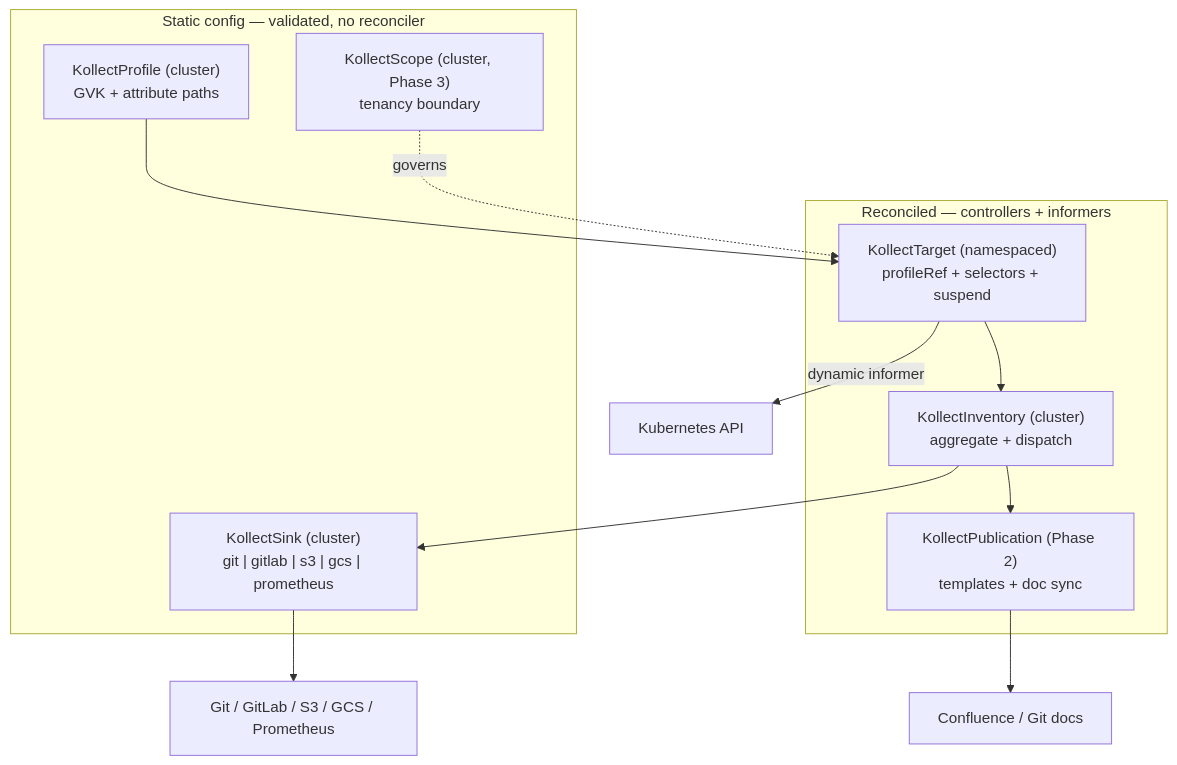
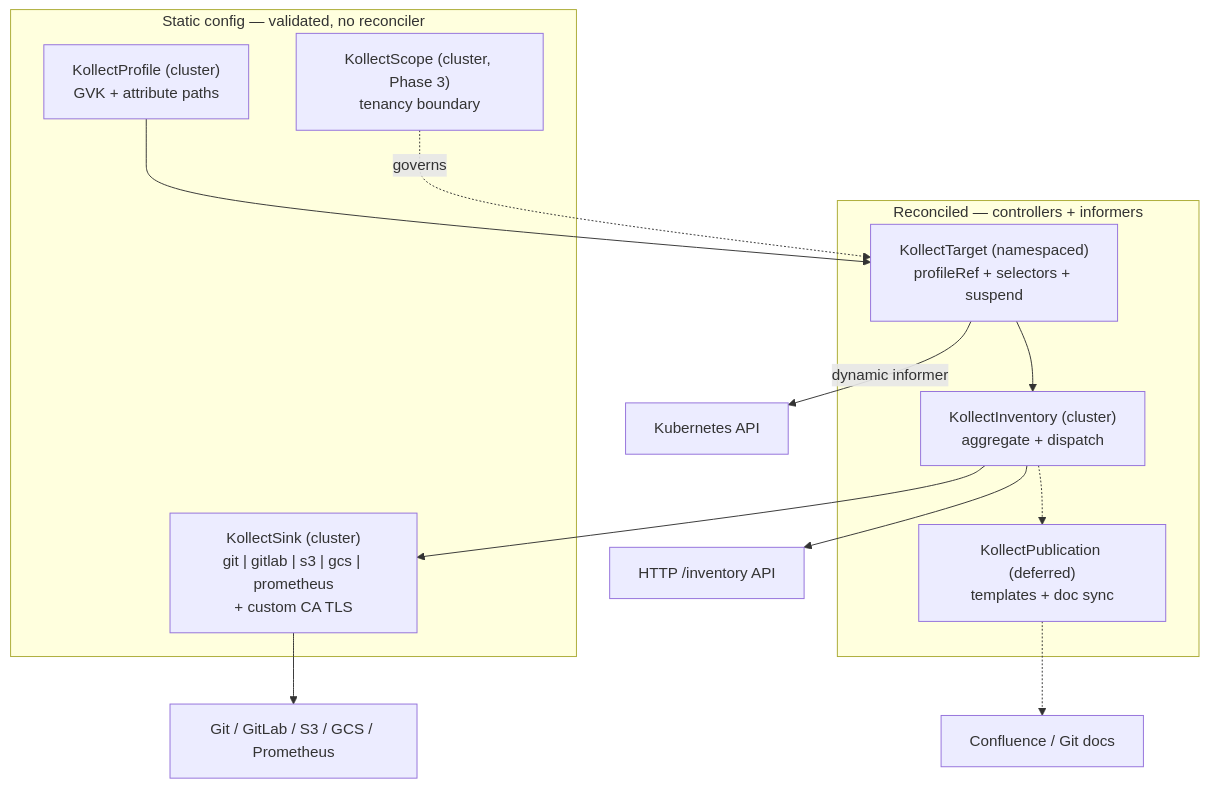
Before and after one commit to konih/kollect: the first of 5 diagrams in docs/ARCHITECTURE.md, drawn with Mermaid. The commit also changed other lines of this file and 9 other files, not shown here.

````diff
--- a/docs/ARCHITECTURE.md
+++ b/docs/ARCHITECTURE.md
@@ -22,23 +24,24 @@
 ```mermaid
 flowchart TD
   subgraph staticCfg [Static config — validated, no reconciler]
     Profile["KollectProfile (cluster)\nGVK + attribute paths"]
-    Sink["KollectSink (cluster)\ngit | gitlab | s3 | gcs | prometheus"]
+    Sink["KollectSink (cluster)\ngit | gitlab | s3 | gcs | prometheus\n+ custom CA TLS"]
     Scope["KollectScope (cluster, Phase 3)\ntenancy boundary"]
   end
 
   subgraph reconciled [Reconciled — controllers + informers]
     Target["KollectTarget (namespaced)\nprofileRef + selectors + suspend"]
     Inv["KollectInventory (cluster)\naggregate + dispatch"]
-    Pub["KollectPublication (Phase 2)\ntemplates + doc sync"]
+    Pub["KollectPublication (deferred)\ntemplates + doc sync"]
   end
 
   Profile --> Target
   Scope -.governs.-> Target
   Target -->|"dynamic informer"| K8s["Kubernetes API"]
   Target --> Inv
   Inv --> Sink
-  Inv --> Pub
+  Inv --> HTTP["HTTP /inventory API"]
+  Inv -.-> Pub
   Sink --> Backends["Git / GitLab / S3 / GCS / Prometheus"]
-  Pub --> Docs["Confluence / Git docs"]
+  Pub -.-> Docs["Confluence / Git docs"]
 ```
````
